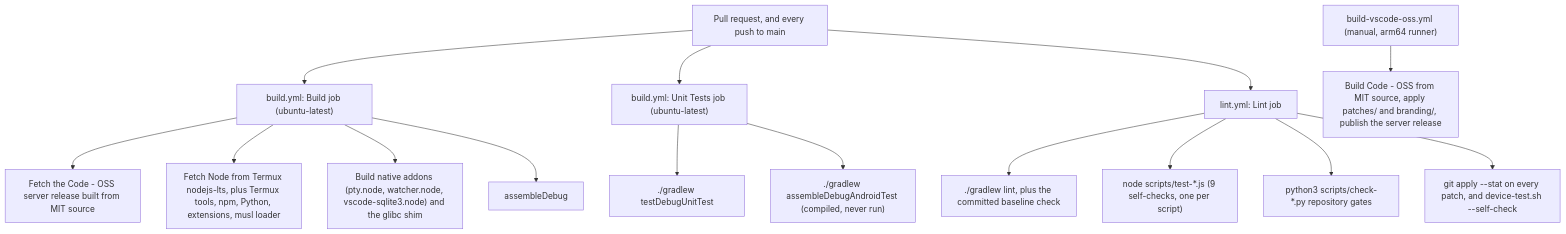
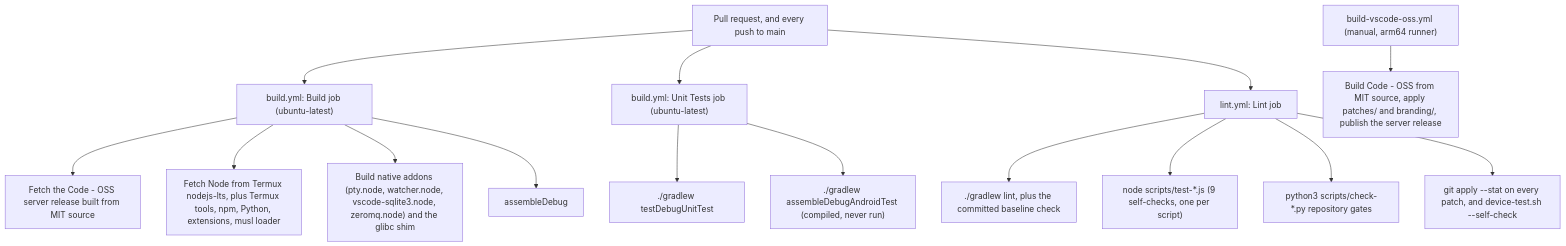
The second of 3 diagrams in docs/07-TESTING_STRATEGY.md (rmyndharis/VSCodroid), drawn with Mermaid before and after one commit. The commit also changed 19 other files, not shown here.

````diff
--- a/docs/07-TESTING_STRATEGY.md
+++ b/docs/07-TESTING_STRATEGY.md
@@ -281,20 +281,20 @@
 ```mermaid
 flowchart TD
   PR["Pull request, and every push to main"] --> BUILD["build.yml: Build job (ubuntu-latest)"]
   BUILD --> B1["Fetch the Code - OSS server release built from MIT source"]
   BUILD --> B2["Fetch Node from Termux nodejs-lts, plus Termux tools, npm, Python, extensions, musl loader"]
-  BUILD --> B3["Build native addons (pty.node, watcher.node, vscode-sqlite3.node) and the glibc shim"]
+  BUILD --> B3["Build native addons (pty.node, watcher.node, vscode-sqlite3.node, zeromq.node) and the glibc shim"]
   BUILD --> B4["assembleDebug"]
 
   PR --> TEST["build.yml: Unit Tests job (ubuntu-latest)"]
   TEST --> T1["./gradlew testDebugUnitTest"]
   TEST --> T2["./gradlew assembleDebugAndroidTest (compiled, never run)"]
 
   PR --> LINT["lint.yml: Lint job"]
   LINT --> L1["./gradlew lint, plus the committed baseline check"]
   LINT --> L2["node scripts/test-*.js (9 self-checks, one per script)"]
   LINT --> L3["python3 scripts/check-*.py repository gates"]
   LINT --> L4["git apply --stat on every patch, and device-test.sh --self-check"]
 
   MAN["build-vscode-oss.yml (manual, arm64 runner)"] --> M1["Build Code - OSS from MIT source, apply patches/ and branding/, publish the server release"]
 ```
````
